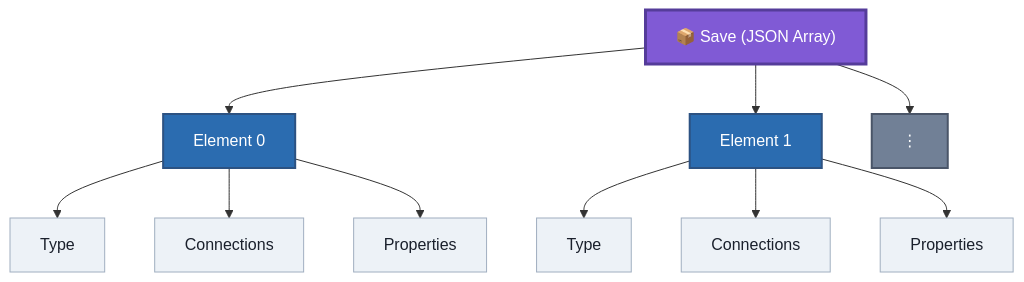
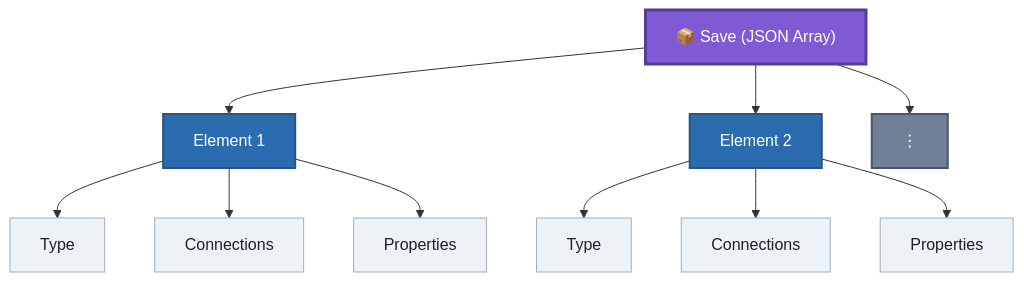
One commit to JuanCrakYT/RtG-Format changed the first of 3 diagrams in docs/save-anatomy.md. Above: the diagram before and after it, drawn with Mermaid. The commit also changed 2 other files, not shown here.

Commit message:
added files to structure.md

````diff
--- a/docs/save-anatomy.md
+++ b/docs/save-anatomy.md
@@ -8,24 +8,24 @@
 ```mermaid
 flowchart TD
-    A["📦 Save (JSON Array)"] --> B["Element 0"]
-    A --> C["Element 1"]
+    A["📦 Save (JSON Array)"] --> B["Element 1"]
+    A --> C["Element 2"]
     A --> D["⋮"]
 
     B --> B1["Type"]
     B --> B2["Connections"]
     B --> B3["Properties"]
 
     C --> C1["Type"]
     C --> C2["Connections"]
     C --> C3["Properties"]
 
     classDef root fill:#805ad5,color:#fff,stroke:#553c9a,stroke-width:3px;
     classDef element fill:#2b6cb0,color:#fff,stroke:#2c5282,stroke-width:2px;
     classDef field fill:#edf2f7,color:#1a202c,stroke:#a0aec0;
     classDef more fill:#718096,color:#fff,stroke:#4a5568,stroke-width:2px;
 
     class A root;
     class B,C element;
     class D more;
     class B1,B2,B3,C1,C2,C3 field;
 ```
````
